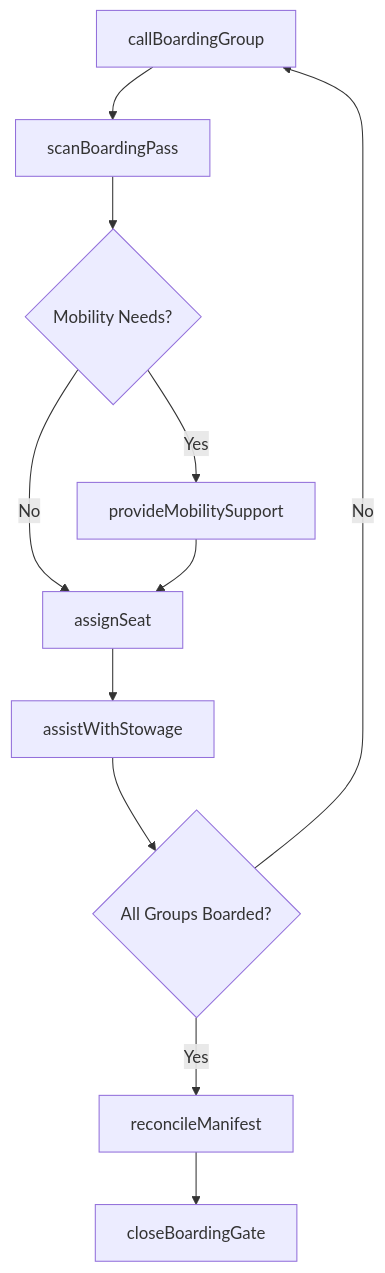
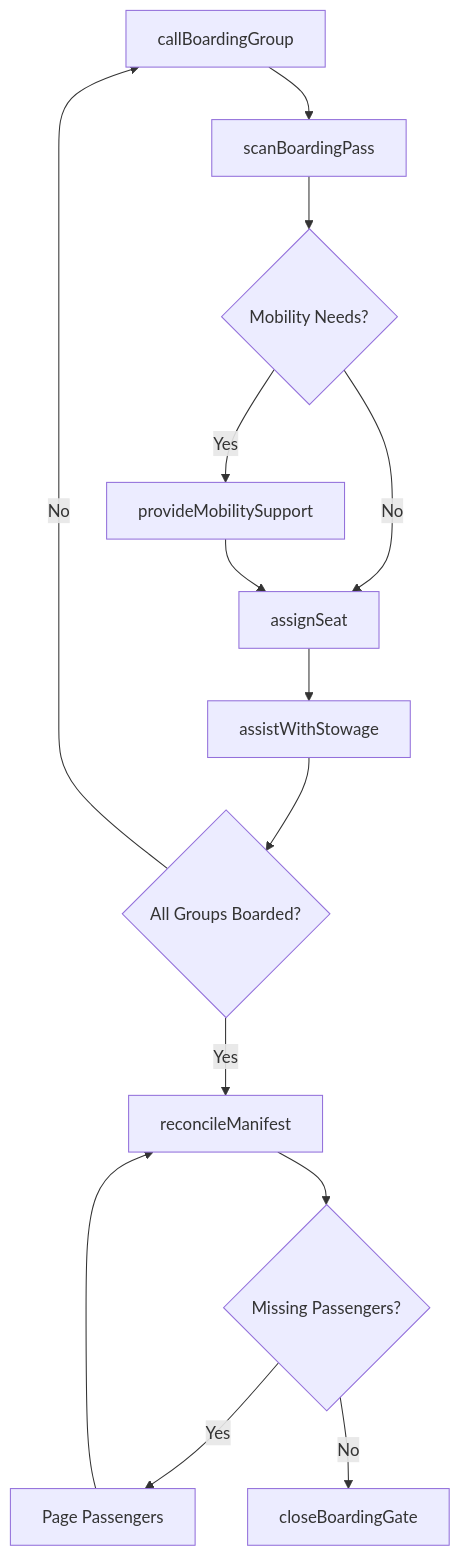
Before and after one commit to dot-org-ai/tasks.org.ai: the third of 4 diagrams in AssistingAndCaringForOthers/ProvideGeneralAssistanceToOthersSuchAsCustomersPatronsOrMotorists/AssistPassengersDuringVehicleBoarding.mdx, drawn with Mermaid. The commit also changed other lines of this file and 504 other files, not shown here.

First line of the commit message:
feat: Add ER diagrams, state diagrams, and workflow improvements to 96 DWA task files

````diff
--- a/AssistingAndCaringForOthers/ProvideGeneralAssistanceToOthersSuchAsCustomersPatronsOrMotorists/AssistPassengersDuringVehicleBoarding.mdx
+++ b/AssistingAndCaringForOthers/ProvideGeneralAssistanceToOthersSuchAsCustomersPatronsOrMotorists/AssistPassengersDuringVehicleBoarding.mdx
@@ -87,13 +115,16 @@
 ```mermaid
 graph TD
     A[callBoardingGroup] --> B[scanBoardingPass]
     B --> C{Mobility Needs?}
     C -->|Yes| D[provideMobilitySupport]
     C -->|No| E[assignSeat]
     D --> E
     E --> F[assistWithStowage]
     F --> G{All Groups Boarded?}
     G -->|No| A
     G -->|Yes| H[reconcileManifest]
-    H --> I[closeBoardingGate]
+    H --> I{Missing Passengers?}
+    I -->|Yes| J[Page Passengers]
+    I -->|No| K[closeBoardingGate]
+    J --> H
 ```
````
